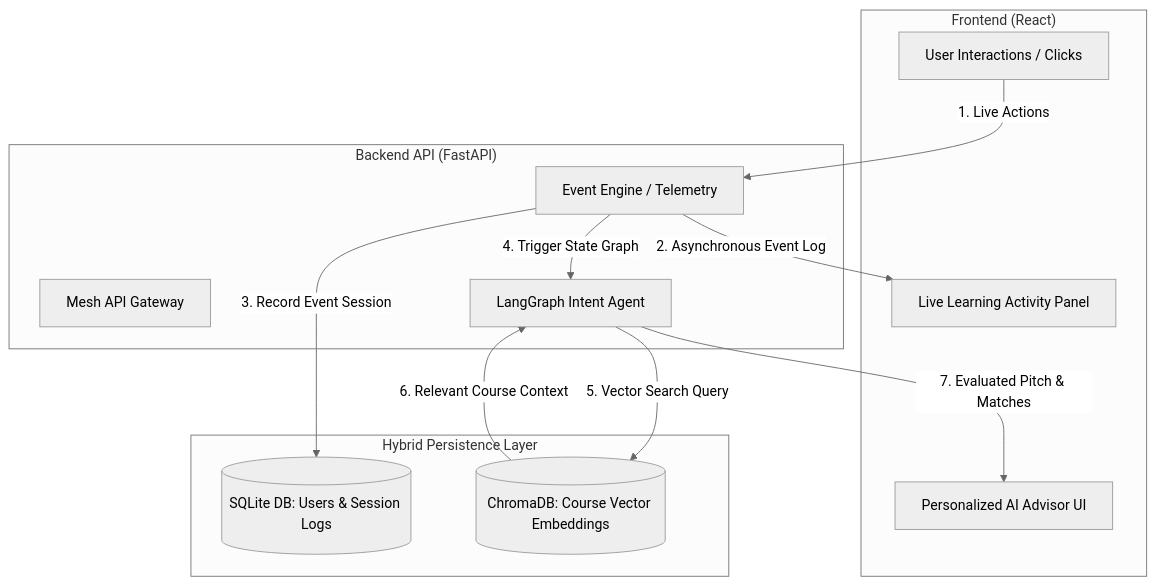
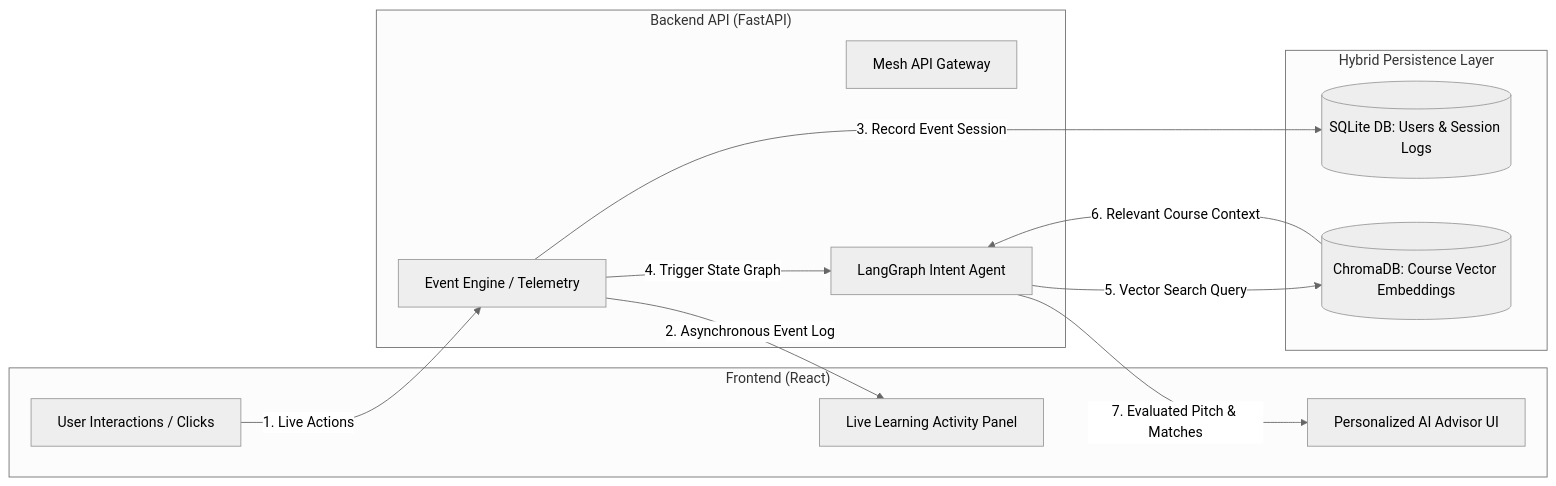
Before and after one commit to sajesh-nair/smartreco-agent: the diagram in README.md, drawn with Mermaid (neutral theme).

Commit message:
Change flowchart direction in README
Update flowchart direction from TD to LR in README.

````diff
--- a/README.md
+++ b/README.md
@@ -18,27 +18,27 @@
 ```mermaid
-flowchart TD
+flowchart LR
     subgraph Client ["Frontend (React)"]
         UI[User Interactions / Clicks]
         Stream[Live Learning Activity Panel]
         Advisor[Personalized AI Advisor UI]
     end
 
     subgraph API ["Backend API (FastAPI)"]
         Mesh[Mesh API Gateway]
         Engine[Event Engine / Telemetry]
         Agent[LangGraph Intent Agent]
     end
 
     subgraph Data ["Hybrid Persistence Layer"]
         SQLite[(SQLite DB: Users & Session Logs)]
         Chroma[(ChromaDB: Course Vector Embeddings)]
     end
 
     UI -->|1. Live Actions| Engine
     Engine -->|2. Asynchronous Event Log| Stream
     Engine -->|3. Record Event Session| SQLite
     Engine -->|4. Trigger State Graph| Agent
     Agent -->|5. Vector Search Query| Chroma
     Chroma -->|6. Relevant Course Context| Agent
     Agent -->|7. Evaluated Pitch & Matches| Advisor
 ```
````
